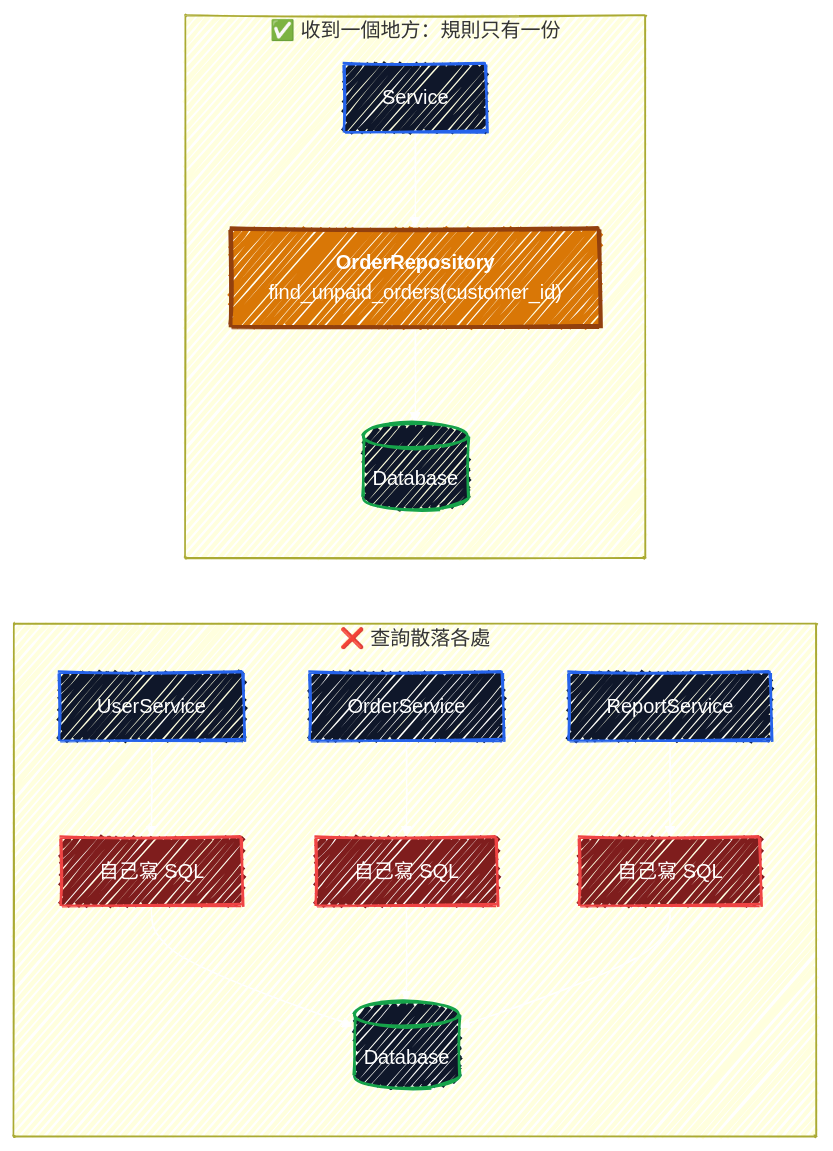
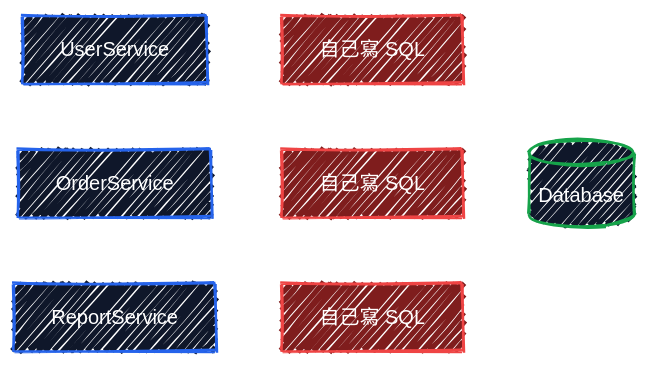
The first of 4 diagrams in docs/code-design/q74-design-patterns-in-practice.md (r97221004/BK-interview), drawn with Mermaid before and after one commit. The commit also changed other lines of this file and 2 other files, not shown here.

First line of the commit message:
docs: split subgraph diagrams in Q39, Q71 and Q74

````diff
--- a/docs/code-design/q74-design-patterns-in-practice.md
+++ b/docs/code-design/q74-design-patterns-in-practice.md
@@ -55,31 +55,25 @@
 ```mermaid
 ---
 config:
   look: handDrawn
   theme: default
   themeVariables:
     fontFamily: '"Comic Sans MS", "Comic Sans", "Segoe Print", "Bradley Hand", cursive'
     lineColor: '#FFFFFF'
     edgeLabelBackground: '#475569'
   themeCSS: |
     .edgeLabel, .edgeLabel p, .edgeLabel span { color: #FFFFFF !important; }
 ---
 flowchart LR
-    subgraph BAD["❌ 查詢散落各處"]
-        u1["UserService"] --> q1["自己寫 SQL"] --> d1[("Database")]
-        o1["OrderService"] --> q2["自己寫 SQL"] --> d1
-        r1["ReportService"] --> q3["自己寫 SQL"] --> d1
-    end
-    subgraph GOOD["✅ 收到一個地方：規則只有一份"]
-        s2["Service"] --> repo["<b>OrderRepository</b><br/>find_unpaid_orders(customer_id)"] --> d2[("Database")]
-    end
+    u1["UserService"] --> q1["自己寫 SQL"] --> d1[("Database")]
+    o1["OrderService"] --> q2["自己寫 SQL"] --> d1
+    r1["ReportService"] --> q3["自己寫 SQL"] --> d1
 
     classDef edgeStyle fill:#0F172A,stroke:#2563EB,stroke-width:2px,color:#FFFFFF
     classDef svcStyle fill:#D97706,stroke:#92400E,stroke-width:3px,color:#FFFFFF
     classDef dataStyle fill:#0F172A,stroke:#16A34A,stroke-width:2px,color:#FFFFFF
     classDef badStyle fill:#7F1D1D,stroke:#EF4444,stroke-width:2px,color:#FFFFFF
-    class u1,o1,r1,s2 edgeStyle
+    class u1,o1,r1 edgeStyle
     class q1,q2,q3 badStyle
-    class repo svcStyle
-    class d1,d2 dataStyle
+    class d1 dataStyle
 ```
````
